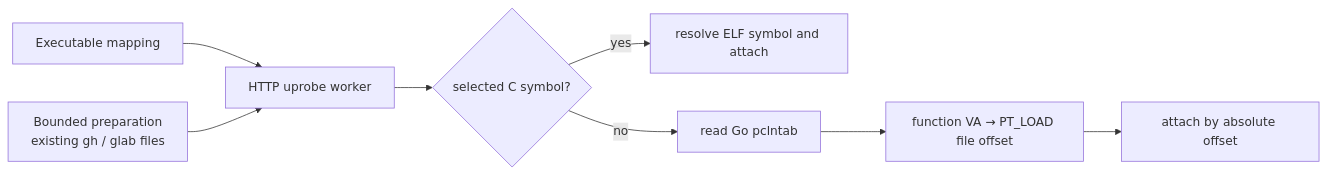
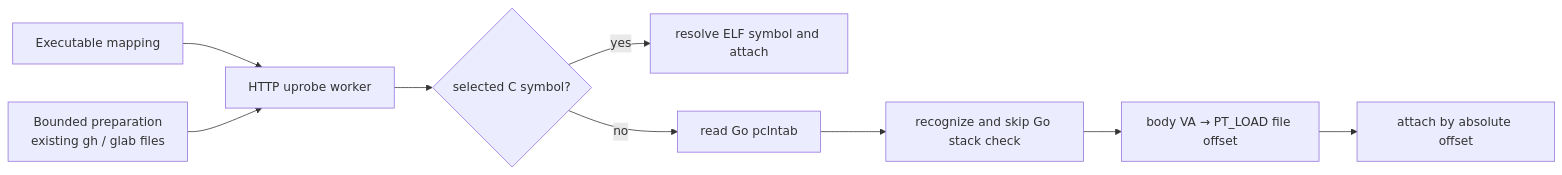
Before and after one commit to cicd-sensor/cicd-sensor: the first of 2 diagrams in docs/developer-guide/ebpf/go-http-uprobes.md, drawn with Mermaid. The commit also changed other lines of this file and 71 other files, not shown here.

````diff
--- a/docs/developer-guide/ebpf/go-http-uprobes.md
+++ b/docs/developer-guide/ebpf/go-http-uprobes.md
@@ -42,10 +42,11 @@
 ```mermaid
 flowchart LR
     MAP["Executable mapping"] --> WORKER["HTTP uprobe worker"]
     PREP["Bounded preparation<br/>existing gh / glab files"] --> WORKER
     WORKER --> C{"selected C symbol?"}
     C -->|"yes"| SYMBOL["resolve ELF symbol and attach"]
     C -->|"no"| PCLN["read Go pclntab"]
-    PCLN --> OFFSET["function VA → PT_LOAD file offset"]
+    PCLN --> GUARD["recognize and skip Go stack check"]
+    GUARD --> OFFSET["body VA → PT_LOAD file offset"]
     OFFSET --> ATTACH["attach by absolute offset"]
 ```
````
